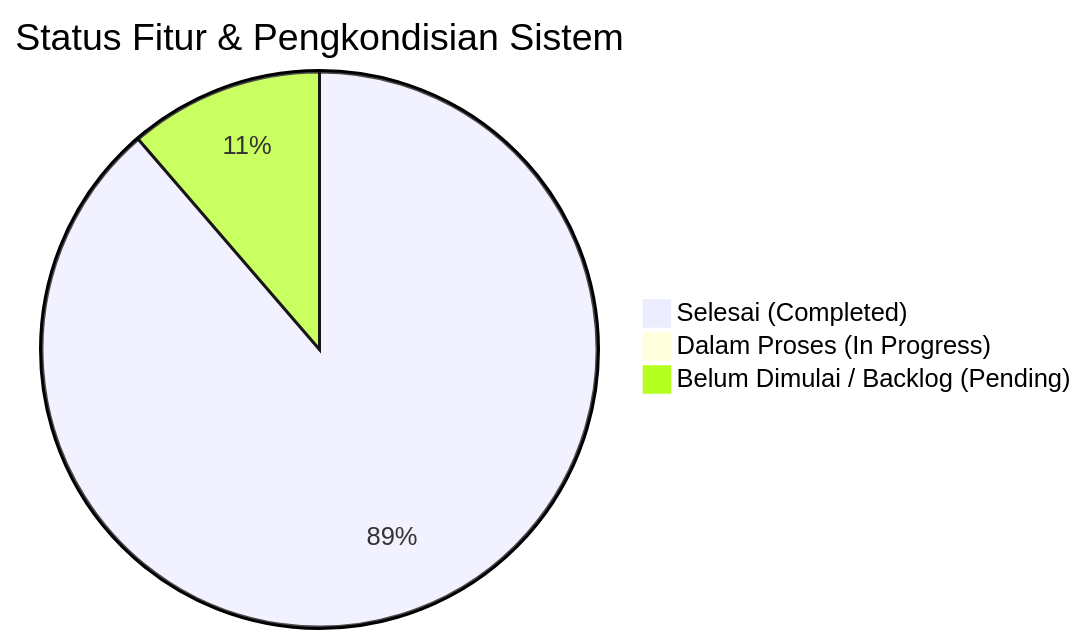
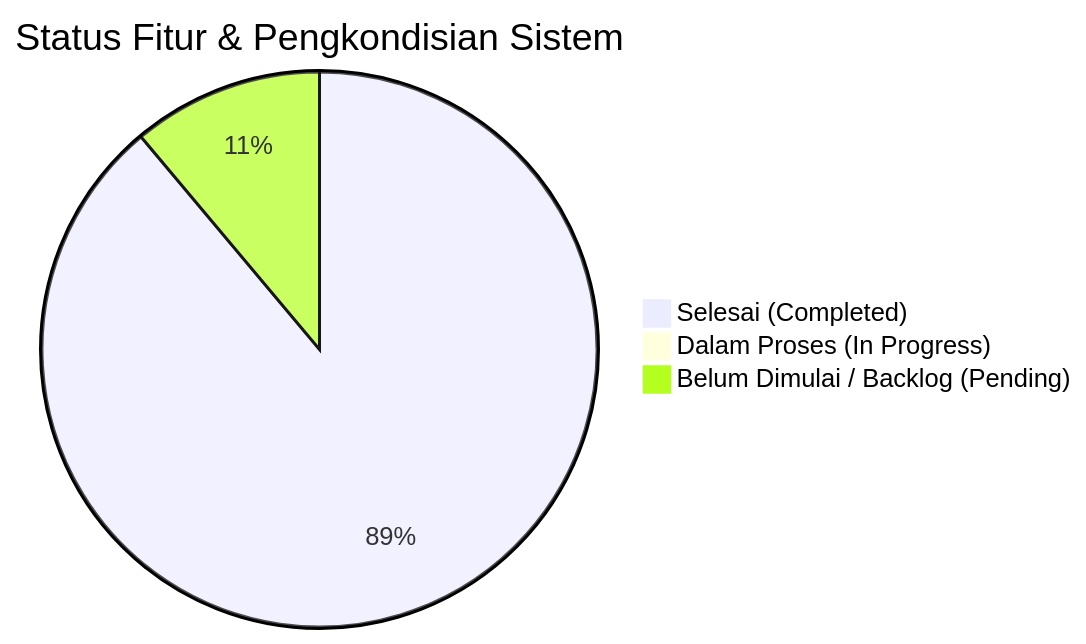
Before and after one commit to 4lliiifffff/pengembangan-presensi-pkbmpikat: the diagram in docs/progress_pengembangan_sistem_presensi.md, drawn with Mermaid. The commit also changed other lines of this file and 69 other files, not shown here.

````diff
--- a/docs/progress_pengembangan_sistem_presensi.md
+++ b/docs/progress_pengembangan_sistem_presensi.md
@@ -12,6 +12,6 @@
 ```mermaid
 pie title Status Fitur & Pengkondisian Sistem
-    "Selesai (Completed)" : 47
+    "Selesai (Completed)" : 48
     "Dalam Proses (In Progress)" : 0
     "Belum Dimulai / Backlog (Pending)" : 6
 ```
````
